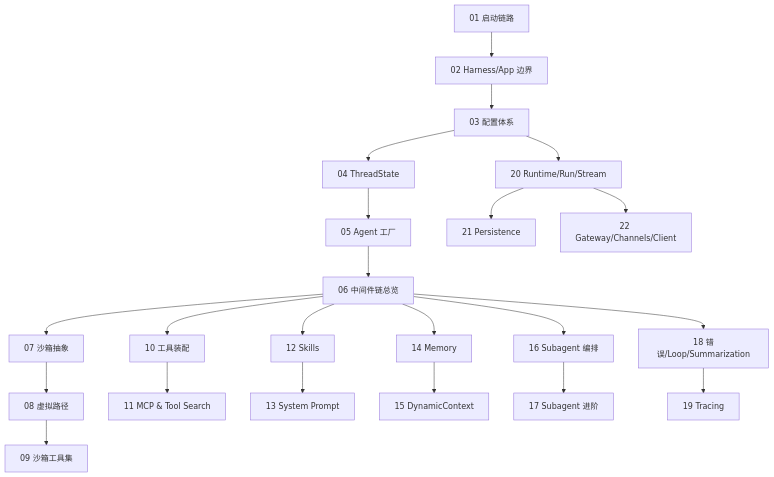
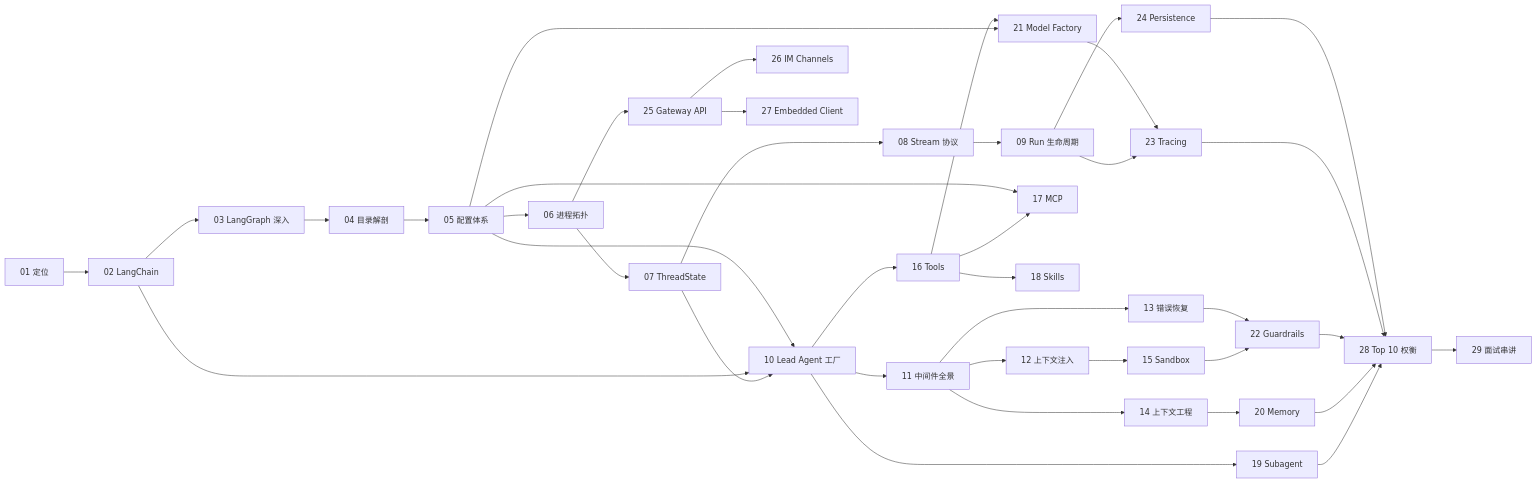
One commit to sanshi2018/deer-flow changed the second of 2 diagrams in backend/devDoc/00-overview.md. Above: the diagram before and after it, drawn with Mermaid. The commit also changed other lines of this file and 31 other files, not shown here.

````diff
--- a/backend/devDoc/00-overview.md
+++ b/backend/devDoc/00-overview.md
@@ -246,24 +286,48 @@
 ```mermaid
-graph TD
-    D01[01 启动链路] --> D02[02 Harness/App 边界]
-    D02 --> D03[03 配置体系]
-    D03 --> D04[04 ThreadState]
-    D04 --> D05[05 Agent 工厂]
-    D05 --> D06[06 中间件链总览]
-    D06 --> D07[07 沙箱抽象]
-    D07 --> D08[08 虚拟路径]
-    D08 --> D09[09 沙箱工具集]
-    D06 --> D10[10 工具装配]
-    D10 --> D11[11 MCP & Tool Search]
-    D06 --> D12[12 Skills]
-    D12 --> D13[13 System Prompt]
-    D06 --> D14[14 Memory]
-    D14 --> D15[15 DynamicContext]
-    D06 --> D16[16 Subagent 编排]
-    D16 --> D17[17 Subagent 进阶]
-    D06 --> D18[18 错误/Loop/Summarization]
-    D18 --> D19[19 Tracing]
-    D03 --> D20[20 Runtime/Run/Stream]
-    D20 --> D21[21 Persistence]
-    D20 --> D22[22 Gateway/Channels/Client]
+graph LR
+    A1[01 定位] --> A2[02 LangChain]
+    A2 --> A3[03 LangGraph 深入]
+    A3 --> A4[04 目录解剖]
+    A4 --> A5[05 配置体系]
+
+    A5 --> B6[06 进程拓扑]
+    B6 --> B7[07 ThreadState]
+    B7 --> B8[08 Stream 协议]
+    B8 --> B9[09 Run 生命周期]
+
+    B7 --> C10[10 Lead Agent 工厂]
+    A2 --> C10
+    A5 --> C10
+    C10 --> C11[11 中间件全景]
+
+    C11 --> C12[12 上下文注入]
+    C11 --> C13[13 错误恢复]
+    C11 --> C14[14 上下文工程]
+
+    C12 --> C15[15 Sandbox]
+    C10 --> C16[16 Tools]
+    C16 --> C17[17 MCP]
+    A5 --> C17
+    C16 --> C18[18 Skills]
+    C10 --> C19[19 Subagent]
+
+    C14 --> D20[20 Memory]
+    A5 --> D21[21 Model Factory]
+    C16 --> D21
+    C15 --> D22[22 Guardrails]
+    C13 --> D22
+    B9 --> D23[23 Tracing]
+    D21 --> D23
+    B9 --> D24[24 Persistence]
+
+    B6 --> E25[25 Gateway API]
+    E25 --> E26[26 IM Channels]
+    E25 --> E27[27 Embedded Client]
+
+    C19 --> F28[28 Top 10 权衡]
+    D20 --> F28
+    D22 --> F28
+    D23 --> F28
+    D24 --> F28
+    F28 --> F29[29 面试串讲]
 ```
````
